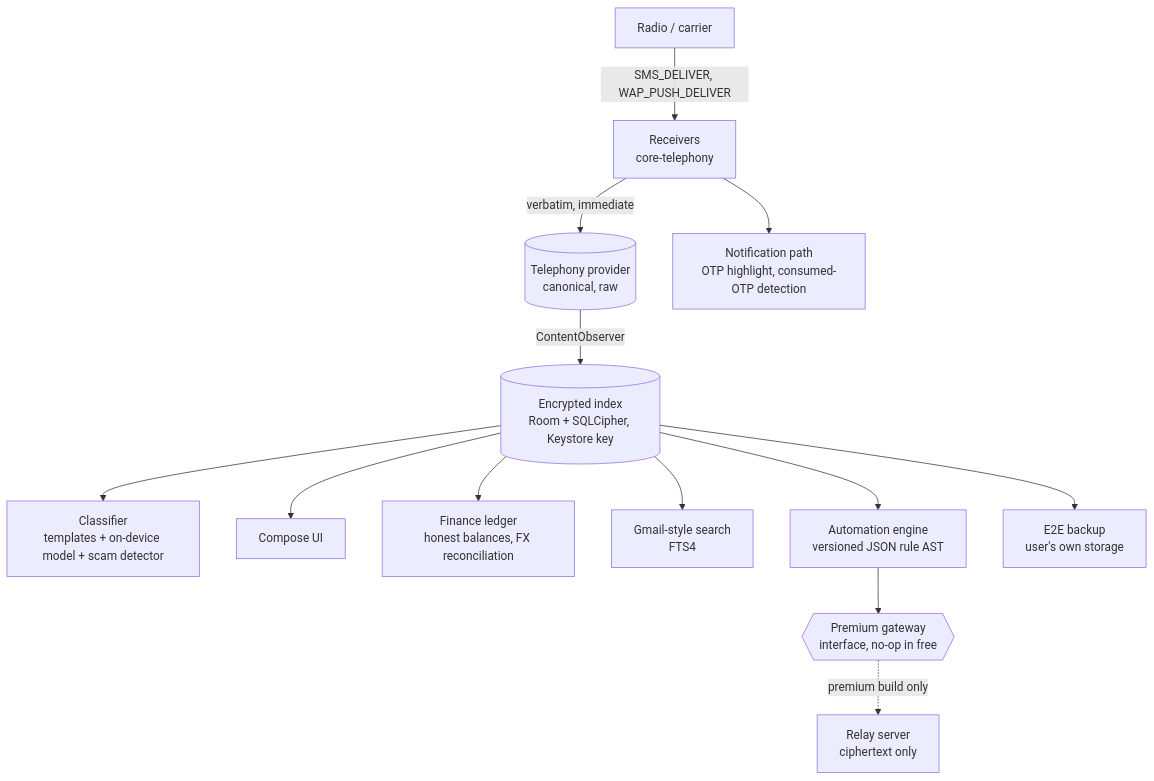
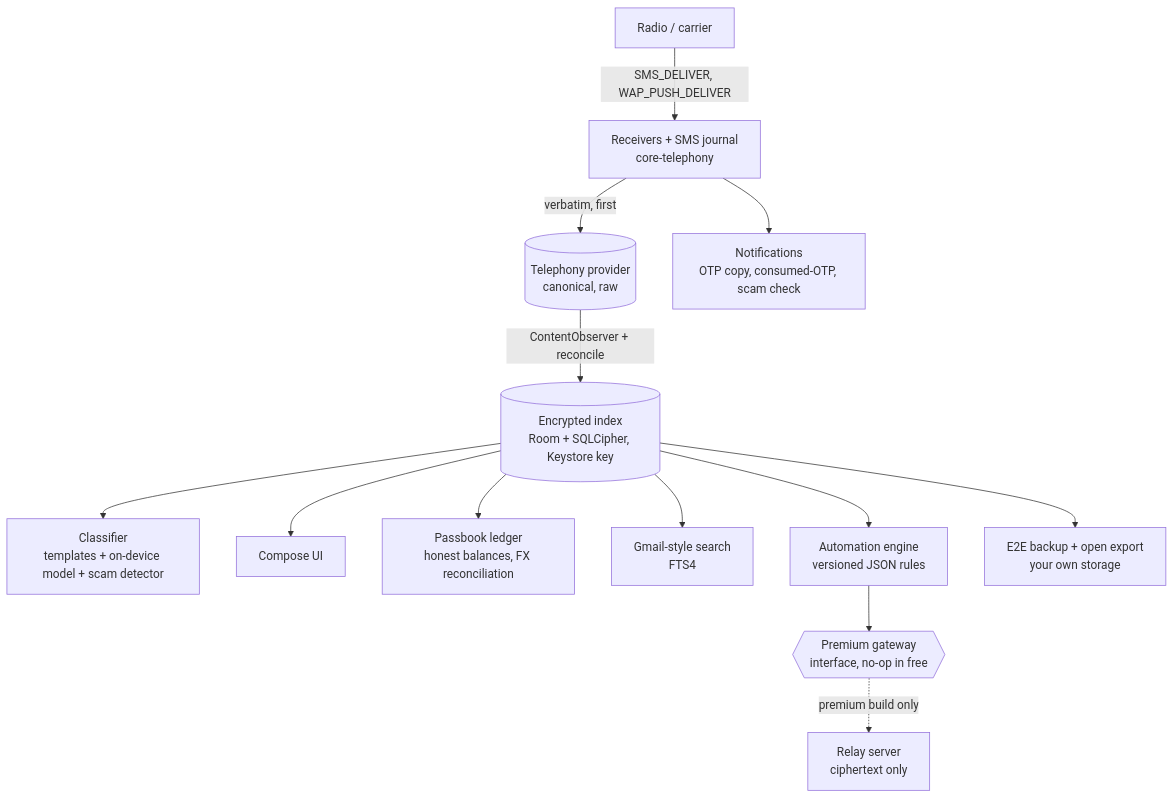
Before and after one commit to sausin/dak: the first of 2 diagrams in README.md, drawn with Mermaid. The commit also changed other lines of this file and 218 other files, not shown here.

````diff
--- a/README.md
+++ b/README.md
@@ -185,15 +442,15 @@
 ```mermaid
 flowchart TD
-    R[Radio / carrier] -->|SMS_DELIVER, WAP_PUSH_DELIVER| RX[Receivers<br/>core-telephony]
-    RX -->|verbatim, immediate| TP[(Telephony provider<br/>canonical, raw)]
-    RX --> N[Notification path<br/>OTP highlight, consumed-OTP detection]
-    TP -->|ContentObserver| IDX[(Encrypted index<br/>Room + SQLCipher, Keystore key)]
+    R[Radio / carrier] -->|SMS_DELIVER, WAP_PUSH_DELIVER| RX[Receivers + SMS journal<br/>core-telephony]
+    RX -->|verbatim, first| TP[(Telephony provider<br/>canonical, raw)]
+    RX --> N[Notifications<br/>OTP copy, consumed-OTP, scam check]
+    TP -->|ContentObserver + reconcile| IDX[(Encrypted index<br/>Room + SQLCipher, Keystore key)]
     IDX --> CL[Classifier<br/>templates + on-device model + scam detector]
     IDX --> UI[Compose UI]
-    IDX --> FIN[Finance ledger<br/>honest balances, FX reconciliation]
+    IDX --> FIN[Passbook ledger<br/>honest balances, FX reconciliation]
     IDX --> SRCH[Gmail-style search<br/>FTS4]
-    IDX --> RULES[Automation engine<br/>versioned JSON rule AST]
-    IDX --> BK[E2E backup<br/>user's own storage]
+    IDX --> RULES[Automation engine<br/>versioned JSON rules]
+    IDX --> BK[E2E backup + open export<br/>your own storage]
     RULES --> PX{{Premium gateway<br/>interface, no-op in free}}
     PX -.premium build only.-> SRV[Relay server<br/>ciphertext only]
 ```
````
